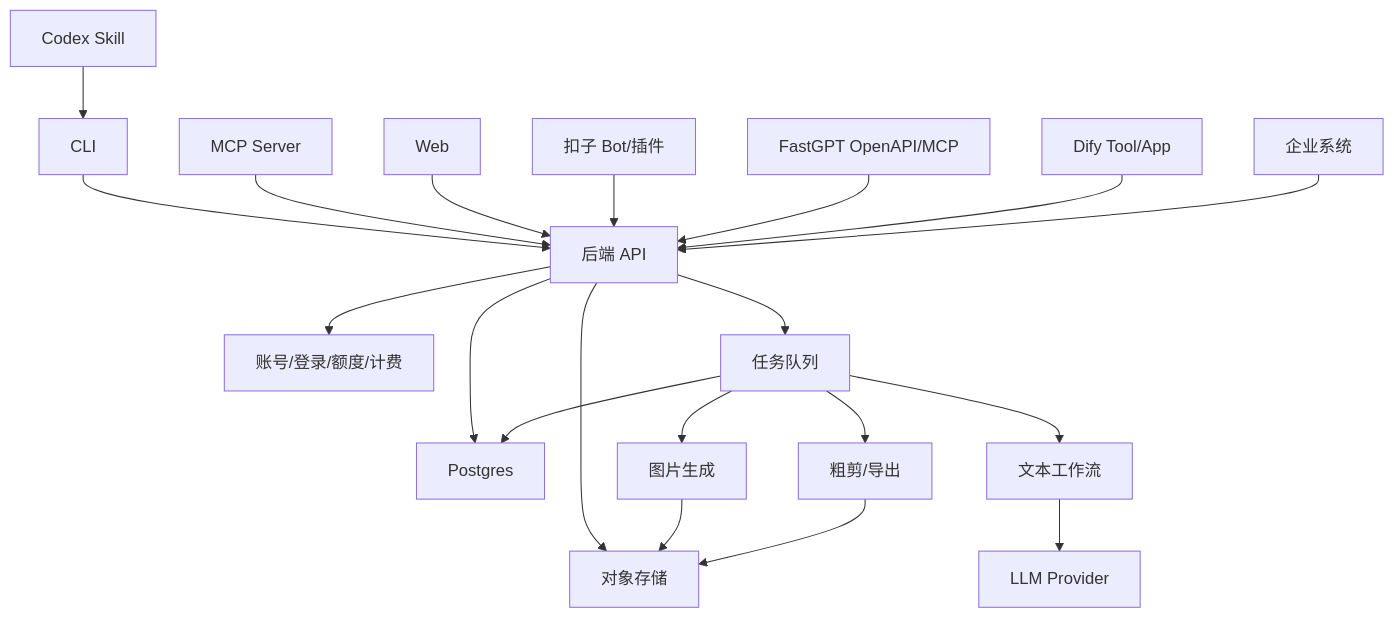
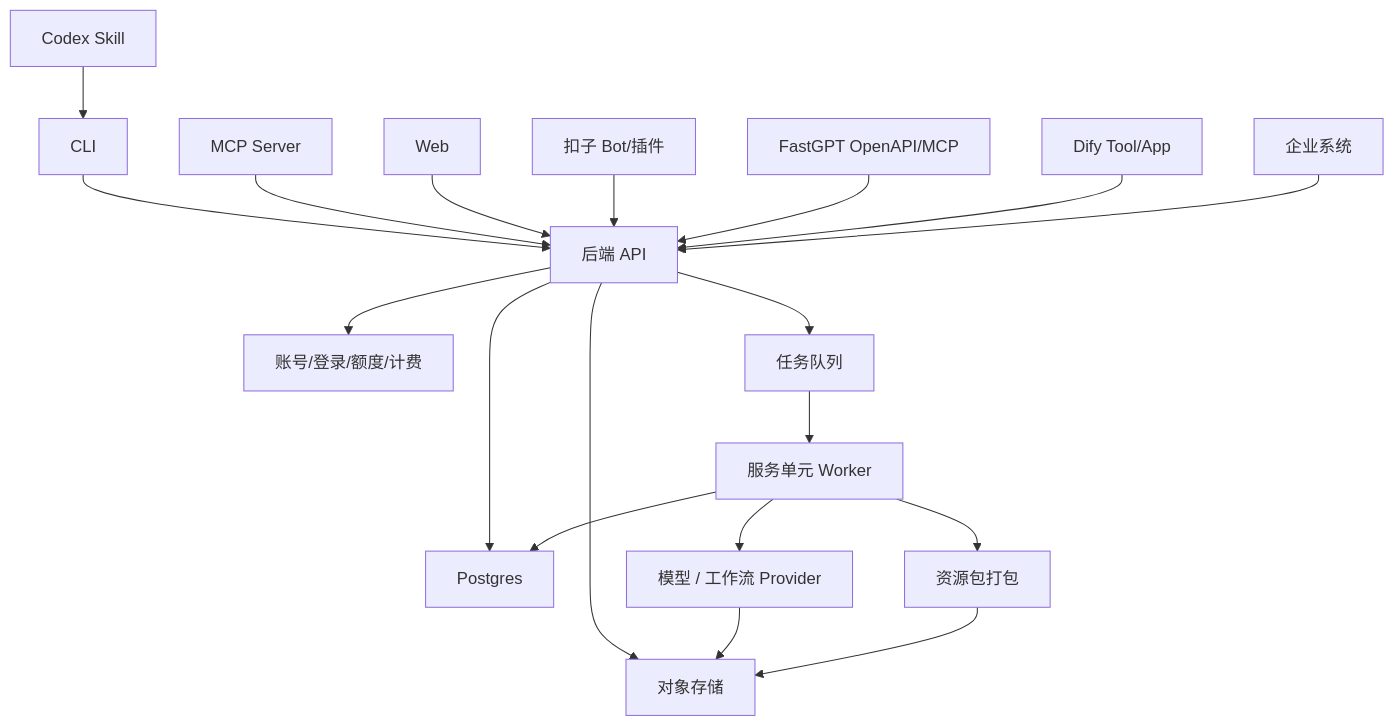
Before and after one commit to wg5x/ai-nong: the diagram in docs/ai-native-service-platform.md, drawn with Mermaid. The commit also changed other lines of this file and 2 other files, not shown here.

````diff
--- a/docs/ai-native-service-platform.md
+++ b/docs/ai-native-service-platform.md
@@ -193,25 +152,24 @@
 ```mermaid
 flowchart TD
   CLI["CLI"] --> API["后端 API"]
   SK["Codex Skill"] --> CLI
   MCP["MCP Server"] --> API
   WEB["Web"] --> API
   COZE["扣子 Bot/插件"] --> API
   FG["FastGPT OpenAPI/MCP"] --> API
   DFY["Dify Tool/App"] --> API
   ENT["企业系统"] --> API
 
   API --> AUTH["账号/登录/额度/计费"]
   API --> DB["Postgres"]
   API --> S3["对象存储"]
   API --> Q["任务队列"]
 
-  Q --> TEXT["文本工作流"]
-  TEXT --> LLM["LLM Provider"]
-  Q --> IMG["图片生成"]
-  Q --> RENDER["粗剪/导出"]
+  Q --> WORKER["服务单元 Worker"]
+  WORKER --> MODEL["模型 / 工作流 Provider"]
+  WORKER --> PACKAGE["资源包打包"]
 
-  IMG --> S3
-  RENDER --> S3
-  Q --> DB
+  MODEL --> S3
+  PACKAGE --> S3
+  WORKER --> DB
 ```
````
